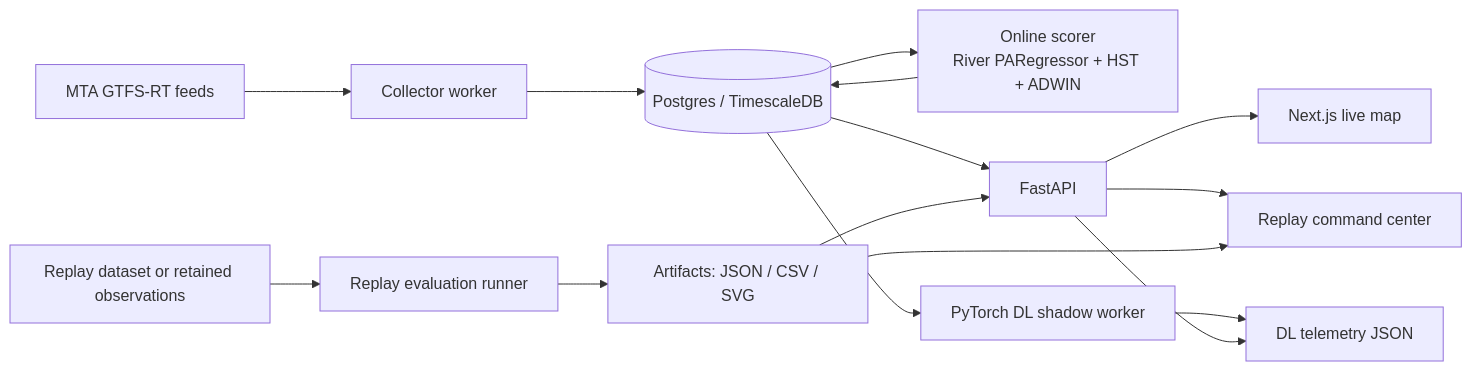
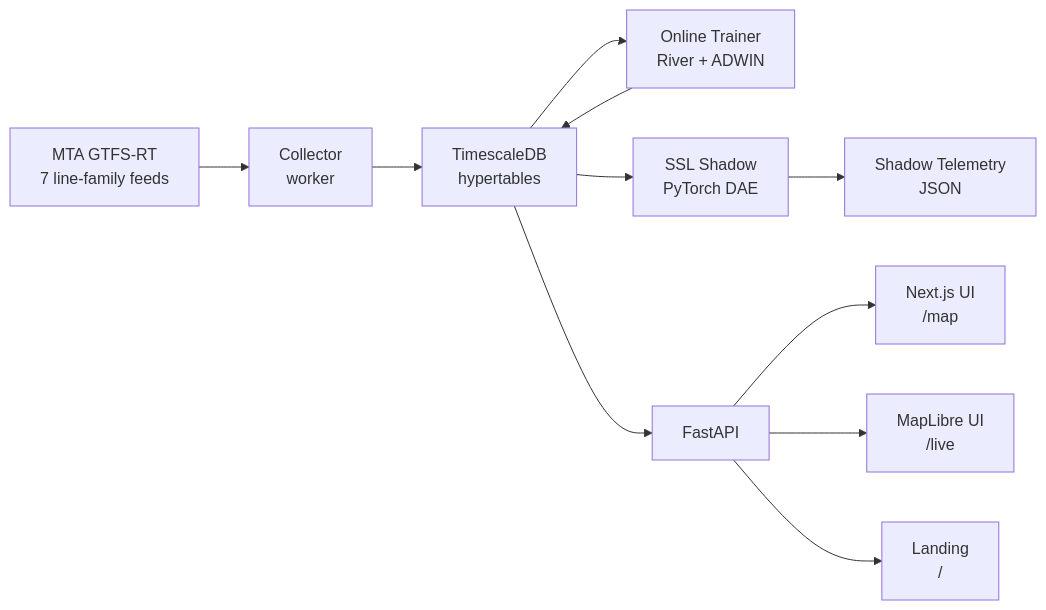
One commit to stelioszach03/NYC-Subway-Anomaly-Detection changed the diagram in README.md. Above: the diagram before and after it, drawn with Mermaid. The commit also changed other lines of this file, not shown here.

First line of the commit message:
docs(readme): rewrite with live metrics, two frontends, retention note

````diff
--- a/README.md
+++ b/README.md
@@ -66,17 +46,13 @@
 ```mermaid
 flowchart LR
-  A[MTA GTFS-RT feeds] --> B[Collector worker]
-  B --> C[(Postgres / TimescaleDB)]
-  C --> D[Online scorer\nRiver PARegressor + HST + ADWIN]
-  D --> C
-  C --> E[FastAPI]
-  E --> F[Next.js live map]
-  E --> G[Replay command center]
-  H[Replay dataset or retained observations] --> I[Replay evaluation runner]
-  I --> J[Artifacts: JSON / CSV / SVG]
-  J --> E
-  J --> G
-  C --> K[PyTorch DL shadow worker]
-  K --> L[DL telemetry JSON]
-  E --> L
+    A["MTA GTFS-RT<br/>7 line-family feeds"] --> B["Collector<br/>worker"]
+    B --> C["TimescaleDB<br/>hypertables"]
+    C --> D["Online Trainer<br/>River + ADWIN"]
+    D --> C
+    C --> E["SSL Shadow<br/>PyTorch DAE"]
+    E --> F["Shadow Telemetry<br/>JSON"]
+    C --> G["FastAPI"]
+    G --> H["Next.js UI<br/>/map"]
+    G --> I["MapLibre UI<br/>/live"]
+    G --> J["Landing<br/>/"]
 ```
````
